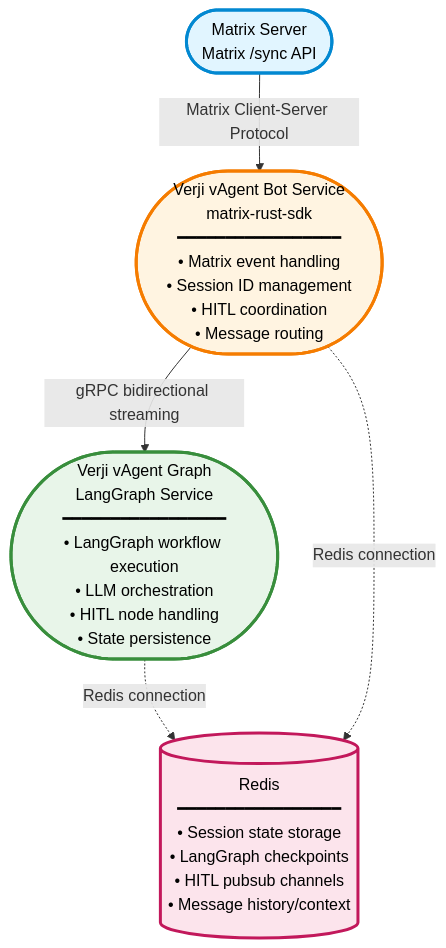
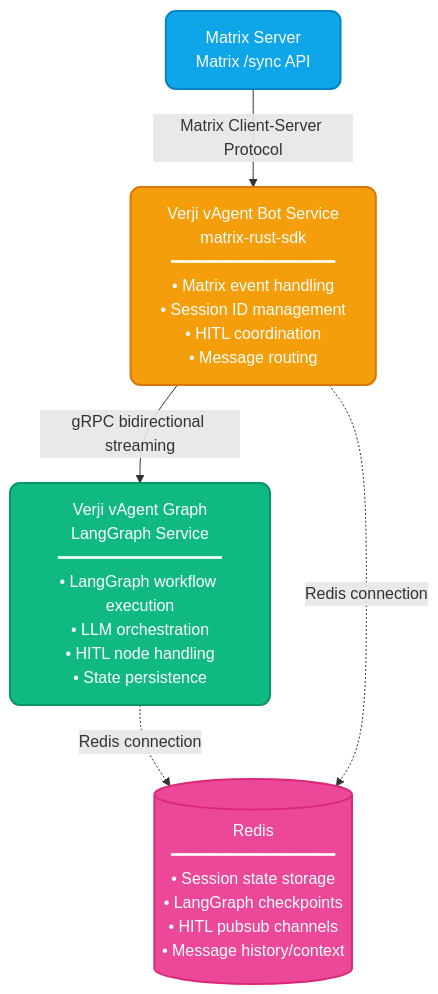
One commit to verji/verji-ai-agent changed the first of 3 diagrams in ARCHITECTURE.md. Above: the diagram before and after it, drawn with Mermaid. The commit also changed other lines of this file, not shown here.

Commit message:
Refine Mermaid diagrams with subtle corners and theme-agnostic colors
- Changed from stadium shapes to rectangles with rx:10,ry:10 for subtle 10px corner radius
- Updated color palette to work on both dark and light themes:
  * Matrix Server: Blue (#0ea5e9) with white text
  * Verji vAgent Bot: Orange (#f59e0b) with white text
  * Verji vAgent Graph: Green (#10b981) with white text
  * Redis: Pink (#ec4899) with white text
- Reduced stroke-width from 3px to 2px for subtler appearance
- Applied consistent styling to both System Architecture and Deployment diagrams

🤖 Generated with [Claude Code](https://claude.com/claude-code)

````diff
--- a/ARCHITECTURE.md
+++ b/ARCHITECTURE.md
@@ -16,17 +16,17 @@
 ```mermaid
 graph TD
-    A([Matrix Server<br/>Matrix /sync API])
-    B([Verji vAgent Bot Service<br/>matrix-rust-sdk<br/>━━━━━━━━━━━━━━━━━<br/>• Matrix event handling<br/>• Session ID management<br/>• HITL coordination<br/>• Message routing])
-    C([Verji vAgent Graph<br/>LangGraph Service<br/>━━━━━━━━━━━━━━━━━<br/>• LangGraph workflow execution<br/>• LLM orchestration<br/>• HITL node handling<br/>• State persistence])
+    A[Matrix Server<br/>Matrix /sync API]
+    B[Verji vAgent Bot Service<br/>matrix-rust-sdk<br/>━━━━━━━━━━━━━━━━━<br/>• Matrix event handling<br/>• Session ID management<br/>• HITL coordination<br/>• Message routing]
+    C[Verji vAgent Graph<br/>LangGraph Service<br/>━━━━━━━━━━━━━━━━━<br/>• LangGraph workflow execution<br/>• LLM orchestration<br/>• HITL node handling<br/>• State persistence]
     D[(Redis<br/>━━━━━━━━━━━━━━━━━<br/>• Session state storage<br/>• LangGraph checkpoints<br/>• HITL pubsub channels<br/>• Message history/context)]
 
     A -->|Matrix Client-Server Protocol| B
     B -->|gRPC bidirectional streaming| C
     C -.->|Redis connection| D
     B -.->|Redis connection| D
 
-    style A fill:#e1f5ff,stroke:#0288d1,stroke-width:3px,color:#000
-    style B fill:#fff4e1,stroke:#f57c00,stroke-width:3px,color:#000
-    style C fill:#e8f5e9,stroke:#388e3c,stroke-width:3px,color:#000
-    style D fill:#fce4ec,stroke:#c2185b,stroke-width:3px,color:#000
+    style A fill:#0ea5e9,stroke:#0284c7,stroke-width:2px,color:#fff,rx:10,ry:10
+    style B fill:#f59e0b,stroke:#d97706,stroke-width:2px,color:#fff,rx:10,ry:10
+    style C fill:#10b981,stroke:#059669,stroke-width:2px,color:#fff,rx:10,ry:10
+    style D fill:#ec4899,stroke:#db2777,stroke-width:2px,color:#fff,rx:10,ry:10
 ```
````
